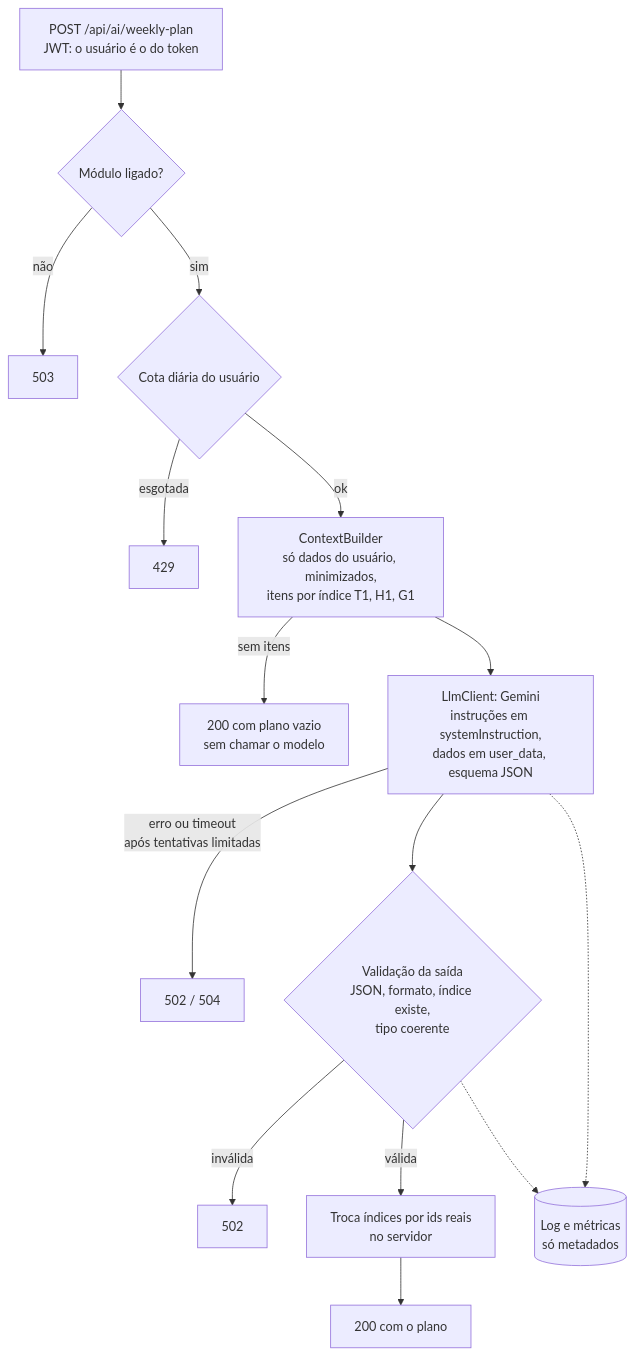
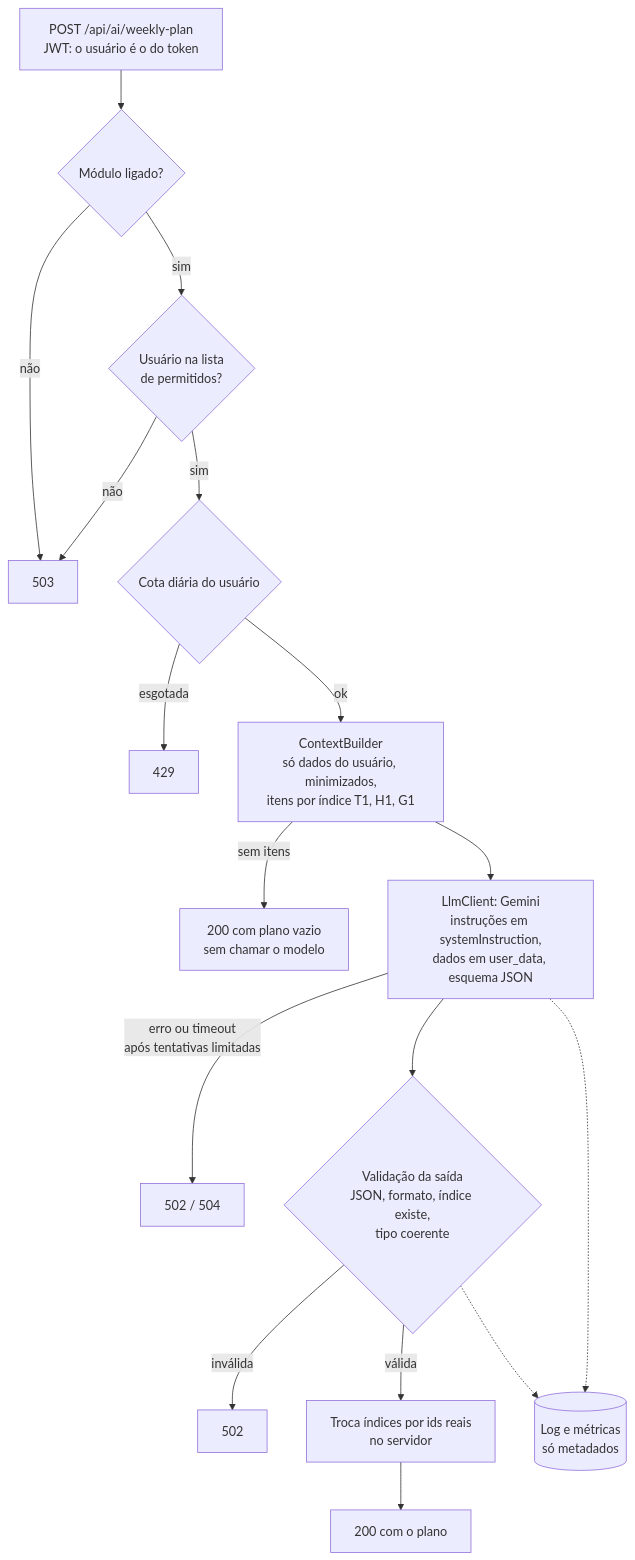
The diagram in README.md (EndriwEngSoft/lifesync-api), drawn with Mermaid before and after one commit. The commit also changed other lines of this file and 3 other files, not shown here.

Commit message:
docs(ai): registra a decisao da camada de uso e a lista de permitidos

````diff
--- a/README.md
+++ b/README.md
@@ -208,17 +208,19 @@
 ```mermaid
 flowchart TD
     A[POST /api/ai/weekly-plan<br/>JWT: o usuário é o do token] --> B{Módulo ligado?}
     B -- não --> E503[503]
-    B -- sim --> C{Cota diária do usuário}
+    B -- sim --> P{Usuário na lista<br/>de permitidos?}
+    P -- não --> E503
+    P -- sim --> C{Cota diária do usuário}
     C -- esgotada --> E429[429]
     C -- ok --> D[ContextBuilder<br/>só dados do usuário, minimizados,<br/>itens por índice T1, H1, G1]
     D -- sem itens --> V[200 com plano vazio<br/>sem chamar o modelo]
     D --> F[LlmClient: Gemini<br/>instruções em systemInstruction,<br/>dados em user_data, esquema JSON]
     F -- erro ou timeout<br/>após tentativas limitadas --> E502[502 / 504]
     F --> G{Validação da saída<br/>JSON, formato, índice existe,<br/>tipo coerente}
     G -- inválida --> E502b[502]
     G -- válida --> H[Troca índices por ids reais<br/>no servidor]
     H --> I[200 com o plano]
     F -.-> L[(Log e métricas<br/>só metadados)]
     G -.-> L
 ```
````
